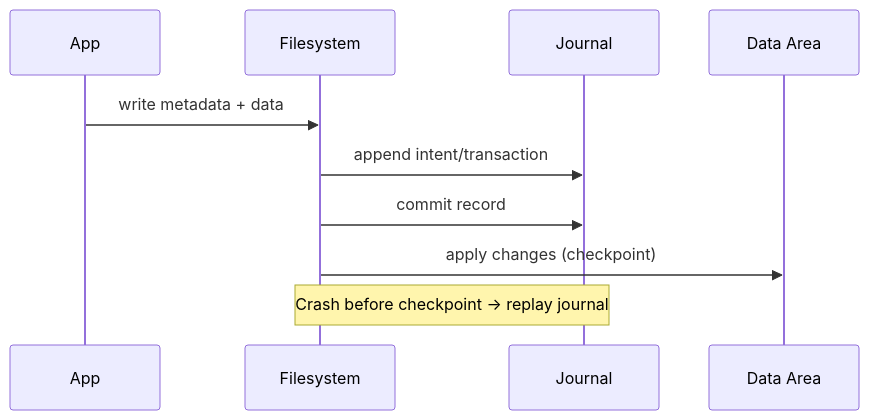
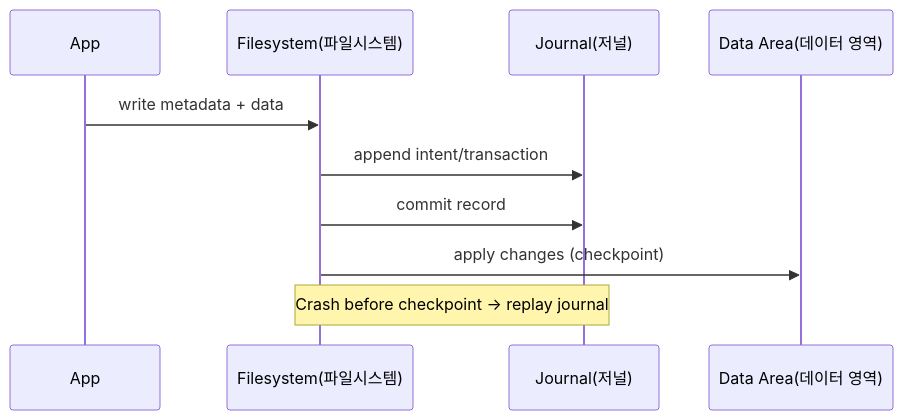
Before and after one commit to mandoobox/mandoobox.github.io: diagram 25 of 37 in _posts/cs-note/2026-02-27-os.md, drawn with Mermaid. The commit also changed other lines of this file and 18 other files, not shown here.

````diff
--- a/_posts/cs-note/2026-02-27-os.md
+++ b/_posts/cs-note/2026-02-27-os.md
@@ -776,12 +782,12 @@
 ```mermaid
 sequenceDiagram
   participant App
-  participant FS as Filesystem
-  participant J as Journal
-  participant D as Data Area
+  participant FS as Filesystem(파일시스템)
+  participant J as Journal(저널)
+  participant D as Data Area(데이터 영역)
   App->>FS: write metadata + data
   FS->>J: append intent/transaction
   FS->>J: commit record
   FS->>D: apply changes (checkpoint)
   Note over FS,J: Crash before checkpoint -> replay journal
 ```
````
